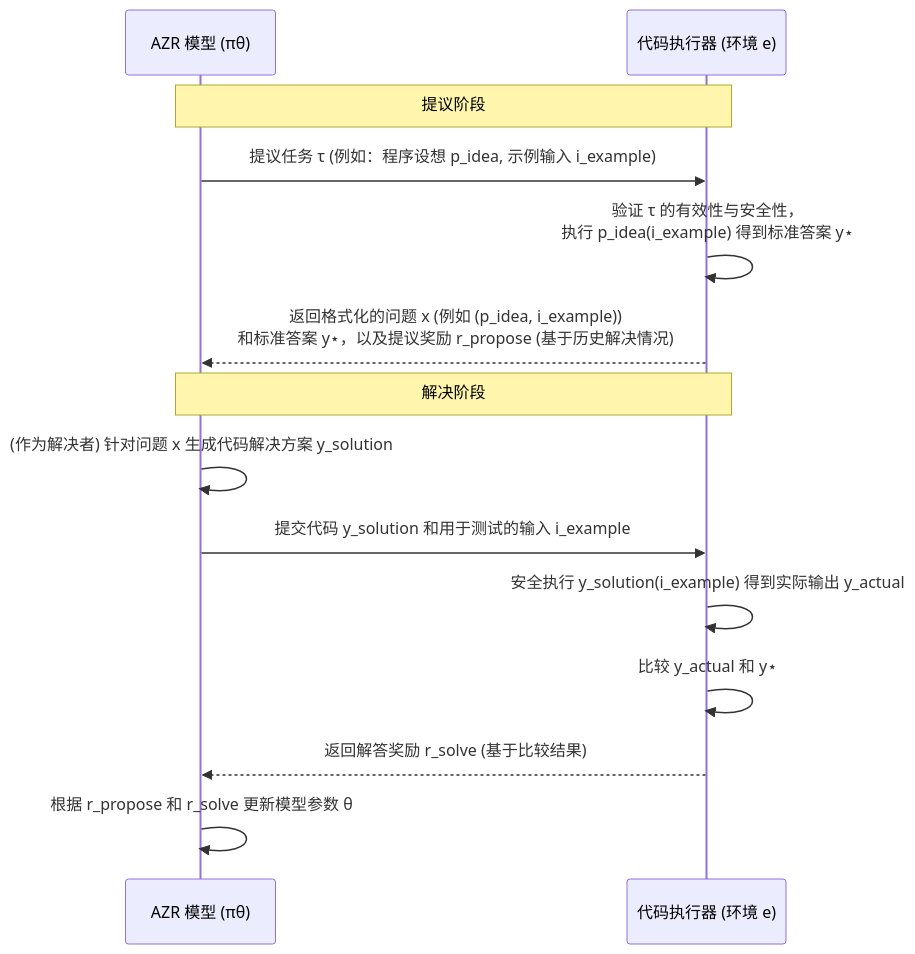
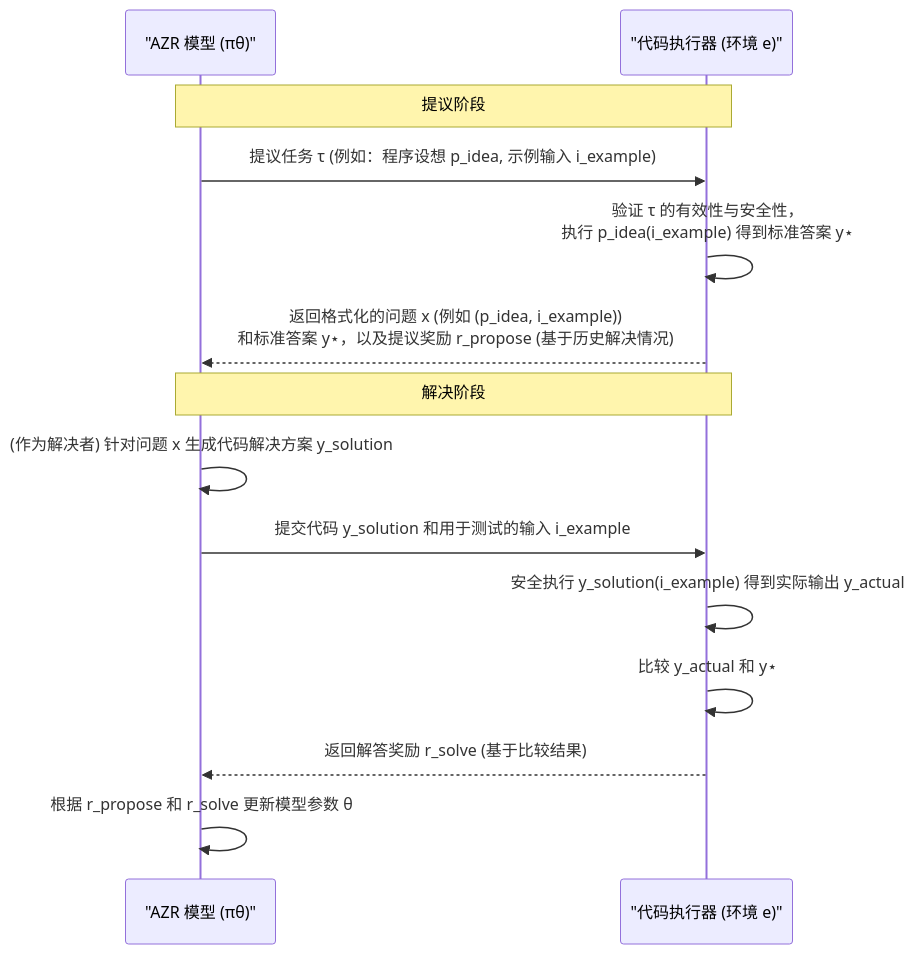
One commit to jueshi/PocketFlow-Tutorial-Codebase-Knowledge changed the diagram in output/Absolute_Zero/Absolute Zero Reinforced Self-play Reasoning with Zero Data/06_基于代码执行器的可验证奖励__verifiable_rewards_via_code_executor__.md. Above: the diagram before and after it, drawn with Mermaid. The commit also changed 282 other files, not shown here.

````diff
--- a/output/Absolute_Zero/Absolute Zero Reinforced Self-play Reasoning with Zero Data/06_基于代码执行器的可验证奖励__verifiable_rewards_via_code_executor__.md
+++ b/output/Absolute_Zero/Absolute Zero Reinforced Self-play Reasoning with Zero Data/06_基于代码执行器的可验证奖励__verifiable_rewards_via_code_executor__.md
@@ -114,20 +114,19 @@
 ```mermaid
 sequenceDiagram
-    participant AZR_Model as AZR 模型 (πθ)
-    participant Code_Executor as 代码执行器 (环境 e)
+    participant AZR_Model as "AZR 模型 (πθ)"
+    participant Code_Executor as "代码执行器 (环境 e)"
 
     Note over AZR_Model, Code_Executor: 提议阶段
     AZR_Model->>Code_Executor: 提议任务 τ (例如：程序设想 p_idea, 示例输入 i_example)
     Code_Executor->>Code_Executor: 验证 τ 的有效性与安全性，<br>执行 p_idea(i_example) 得到标准答案 y⋆
     Code_Executor-->>AZR_Model: 返回格式化的问题 x (例如 (p_idea, i_example)) <br> 和标准答案 y⋆，以及提议奖励 r_propose (基于历史解决情况)
 
     Note over AZR_Model, Code_Executor: 解决阶段
     AZR_Model->>AZR_Model: (作为解决者) 针对问题 x 生成代码解决方案 y_solution
     AZR_Model->>Code_Executor: 提交代码 y_solution 和用于测试的输入 i_example
     Code_Executor->>Code_Executor: 安全执行 y_solution(i_example) 得到实际输出 y_actual
     Code_Executor->>Code_Executor: 比较 y_actual 和 y⋆
     Code_Executor-->>AZR_Model: 返回解答奖励 r_solve (基于比较结果)
 
     AZR_Model->>AZR_Model: 根据 r_propose 和 r_solve 更新模型参数 θ
-
 ```
````
